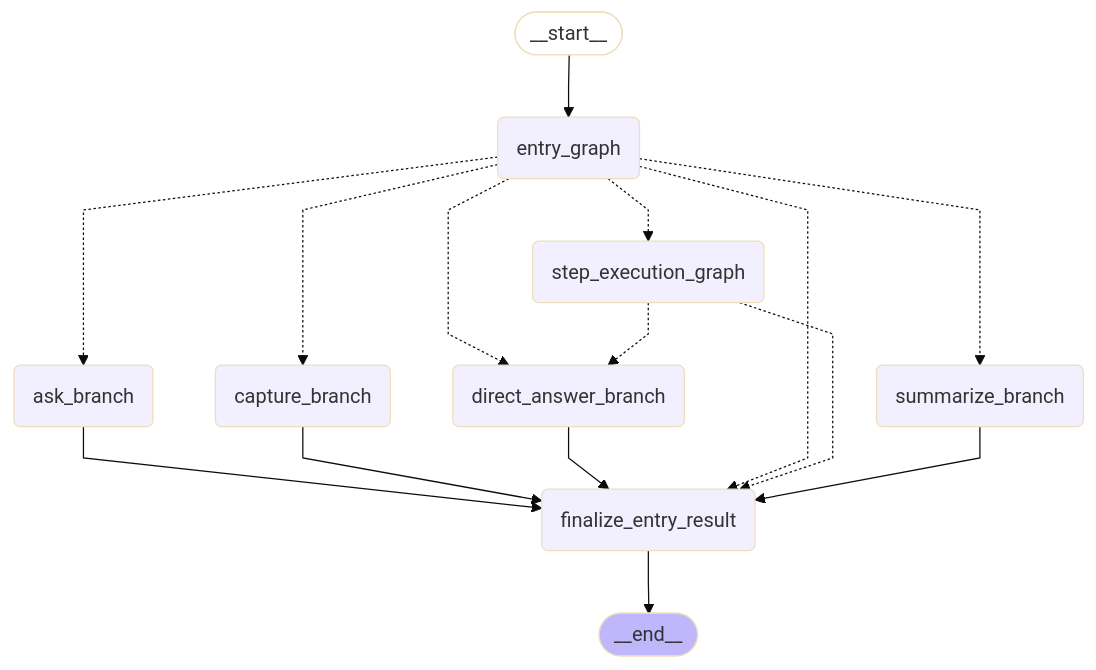
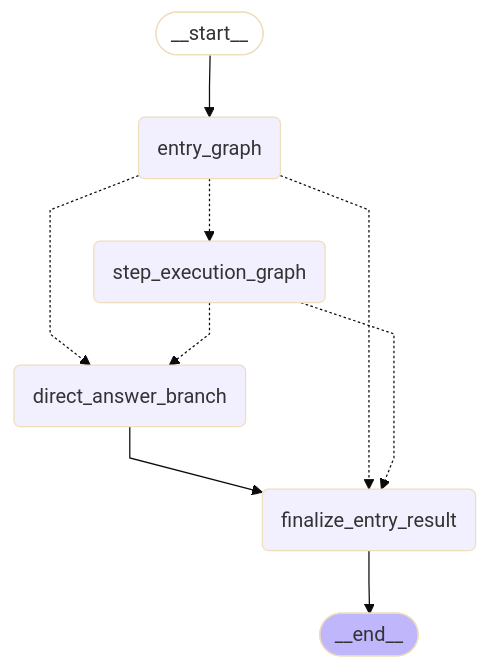
Before and after one commit to SkyLiberation/personalAgent: the first of 5 diagrams in docs/mermaid/entry-orchestration.md, drawn with Mermaid (base theme). The commit also changed other lines of this file and 25 other files, not shown here.

Commit message:
graph整理

````diff
--- a/docs/mermaid/entry-orchestration.md
+++ b/docs/mermaid/entry-orchestration.md
@@ -2,35 +2,26 @@
 ```mermaid
 ---
 config:
   flowchart:
     curve: linear
 ---
 graph TD;
 	__start__([<p>__start__</p>]):::first
 	entry_graph(entry_graph)
-	capture_branch(capture_branch)
-	ask_branch(ask_branch)
-	summarize_branch(summarize_branch)
 	direct_answer_branch(direct_answer_branch)
 	finalize_entry_result(finalize_entry_result)
 	step_execution_graph(step_execution_graph)
 	__end__([<p>__end__</p>]):::last
 	__start__ --> entry_graph;
-	ask_branch --> finalize_entry_result;
-	capture_branch --> finalize_entry_result;
 	direct_answer_branch --> finalize_entry_result;
-	entry_graph -.-> ask_branch;
-	entry_graph -.-> capture_branch;
 	entry_graph -.-> direct_answer_branch;
 	entry_graph -.-> finalize_entry_result;
 	entry_graph -.-> step_execution_graph;
-	entry_graph -.-> summarize_branch;
 	step_execution_graph -.-> direct_answer_branch;
 	step_execution_graph -.-> finalize_entry_result;
-	summarize_branch --> finalize_entry_result;
 	finalize_entry_result --> __end__;
 	classDef default fill:#f2f0ff,line-height:1.2
 	classDef first fill-opacity:0
 	classDef last fill:#bfb6fc
 
 ```
````
